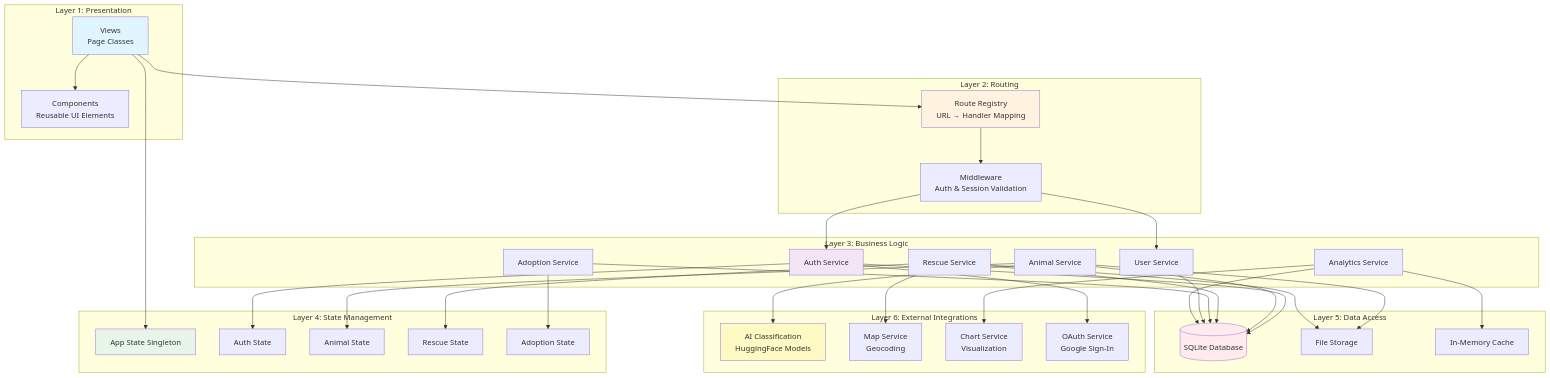
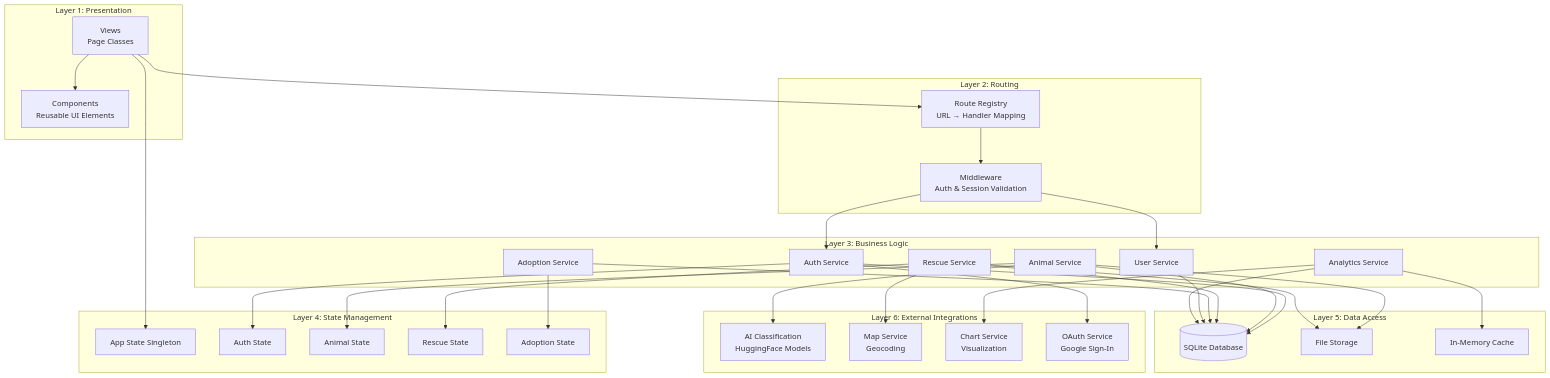
The first of 10 diagrams in docs/ARCHITECTURE.md (clepord34/PawRes), drawn with Mermaid before and after one commit. The commit also changed other lines of this file and 10 other files, not shown here.

````diff
--- a/docs/ARCHITECTURE.md
+++ b/docs/ARCHITECTURE.md
@@ -37,78 +37,71 @@
 ```mermaid
 graph TB
     subgraph "Layer 1: Presentation"
         Views[Views<br/>Page Classes]
         Components[Components<br/>Reusable UI Elements]
     end
     
     subgraph "Layer 2: Routing"
         Routes[Route Registry<br/>URL → Handler Mapping]
         Middleware[Middleware<br/>Auth & Session Validation]
     end
     
     subgraph "Layer 3: Business Logic"
         AuthSvc[Auth Service]
         AnimalSvc[Animal Service]
         RescueSvc[Rescue Service]
         AdoptionSvc[Adoption Service]
         UserSvc[User Service]
         AnalyticsSvc[Analytics Service]
     end
     
     subgraph "Layer 4: State Management"
         AppState[App State Singleton]
         AuthState[Auth State]
         AnimalState[Animal State]
         RescueState[Rescue State]
         AdoptionState[Adoption State]
     end
     
     subgraph "Layer 5: Data Access"
         Database[(SQLite Database)]
         FileStore[File Storage]
         Cache[In-Memory Cache]
     end
     
     subgraph "Layer 6: External Integrations"
         AI[AI Classification<br/>HuggingFace Models]
         Maps[Map Service<br/>Geocoding]
         Charts[Chart Service<br/>Visualization]
         OAuth[OAuth Service<br/>Google Sign-In]
     end
     
     Views --> Routes
     Routes --> Middleware
     Middleware --> AuthSvc
     Middleware --> UserSvc
     Views --> Components
     Views --> AppState
     
     AuthSvc --> Database
     AnimalSvc --> Database
     RescueSvc --> Database
     AdoptionSvc --> Database
     UserSvc --> Database
     AnalyticsSvc --> Database
     
     AuthSvc --> AuthState
     AnimalSvc --> AnimalState
     RescueSvc --> RescueState
     AdoptionSvc --> AdoptionState
     
     AnimalSvc --> FileStore
     RescueSvc --> FileStore
     
     AnalyticsSvc --> Cache
     
     AnimalSvc --> AI
     RescueSvc --> Maps
     AnalyticsSvc --> Charts
     AuthSvc --> OAuth
-    
-    style Views fill:#e1f5ff
-    style Routes fill:#fff3e0
-    style AuthSvc fill:#f3e5f5
-    style AppState fill:#e8f5e9
-    style Database fill:#ffebee
-    style AI fill:#fff9c4
 ```
````
